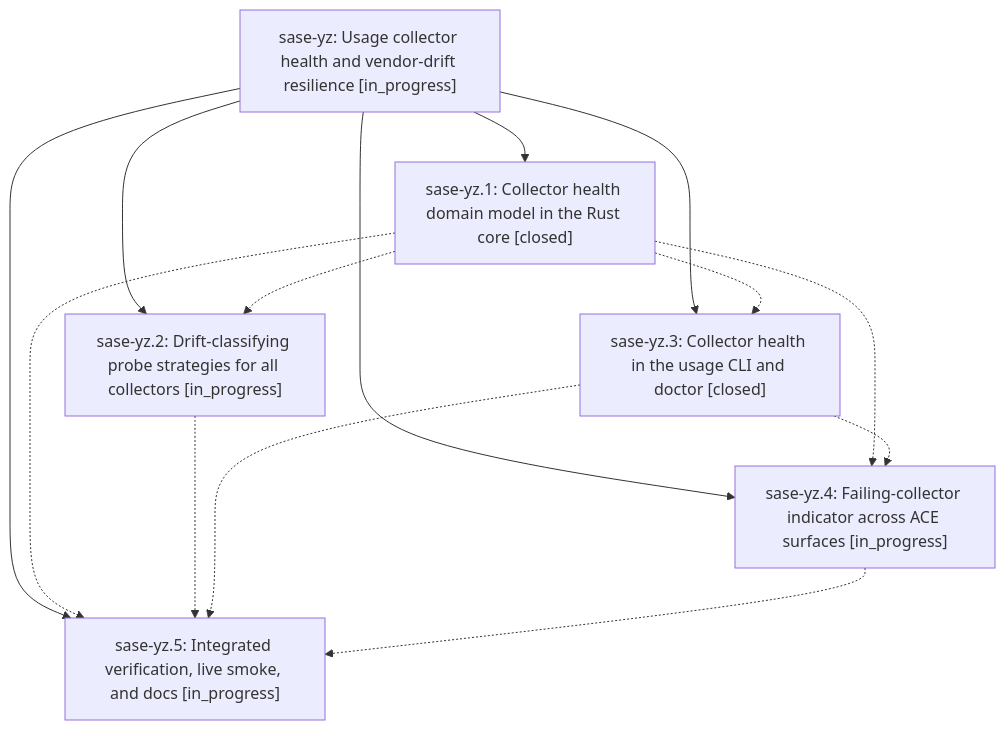
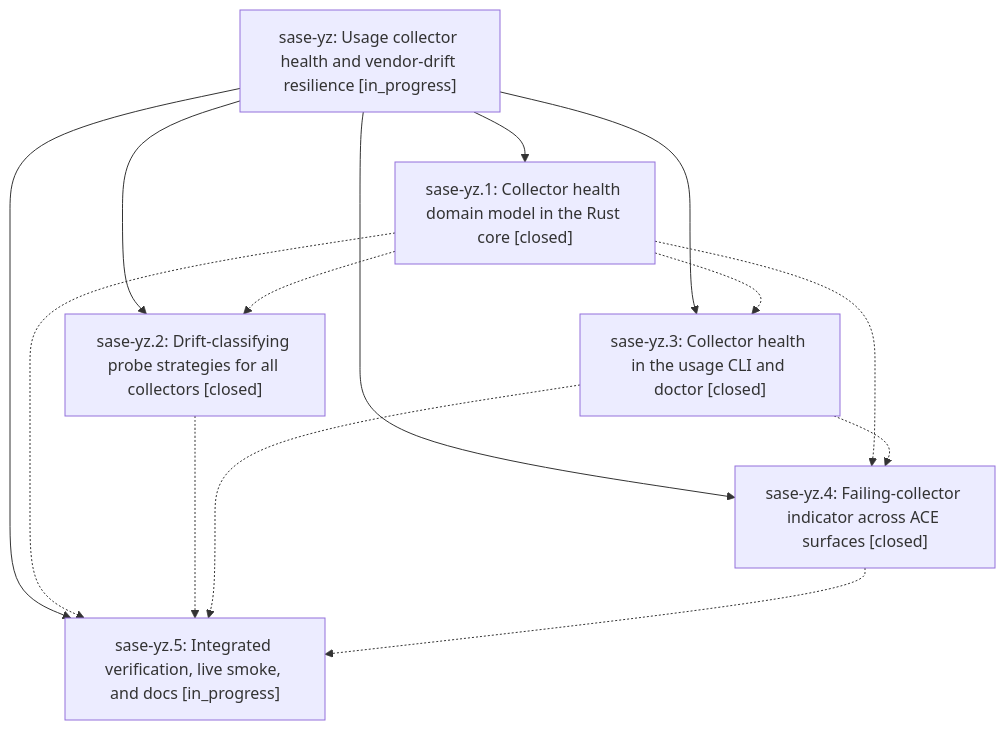
The diagram in pages/sase-yz/README.md (sase-org/sase--beads), drawn with Mermaid before and after one commit. The commit also changed other lines of this file and 5 other files, not shown here.

````diff
--- a/pages/sase-yz/README.md
+++ b/pages/sase-yz/README.md
@@ -38,22 +38,22 @@
 ```mermaid
 flowchart TD
     n0["sase-yz: Usage collector health and vendor-drift resilience [in_progress]"]
     n1["sase-yz.1: Collector health domain model in the Rust core [closed]"]
-    n2["sase-yz.2: Drift-classifying probe strategies for all collectors [in_progress]"]
+    n2["sase-yz.2: Drift-classifying probe strategies for all collectors [closed]"]
     n3["sase-yz.3: Collector health in the usage CLI and doctor [closed]"]
-    n4["sase-yz.4: Failing-collector indicator across ACE surfaces [in_progress]"]
+    n4["sase-yz.4: Failing-collector indicator across ACE surfaces [closed]"]
     n5["sase-yz.5: Integrated verification, live smoke, and docs [in_progress]"]
     n0 --> n1
     n0 --> n2
     n0 --> n3
     n0 --> n4
     n0 --> n5
     n1 -.-> n2
     n1 -.-> n3
     n1 -.-> n4
     n1 -.-> n5
     n2 -.-> n5
     n3 -.-> n4
     n3 -.-> n5
     n4 -.-> n5
 ```
````
